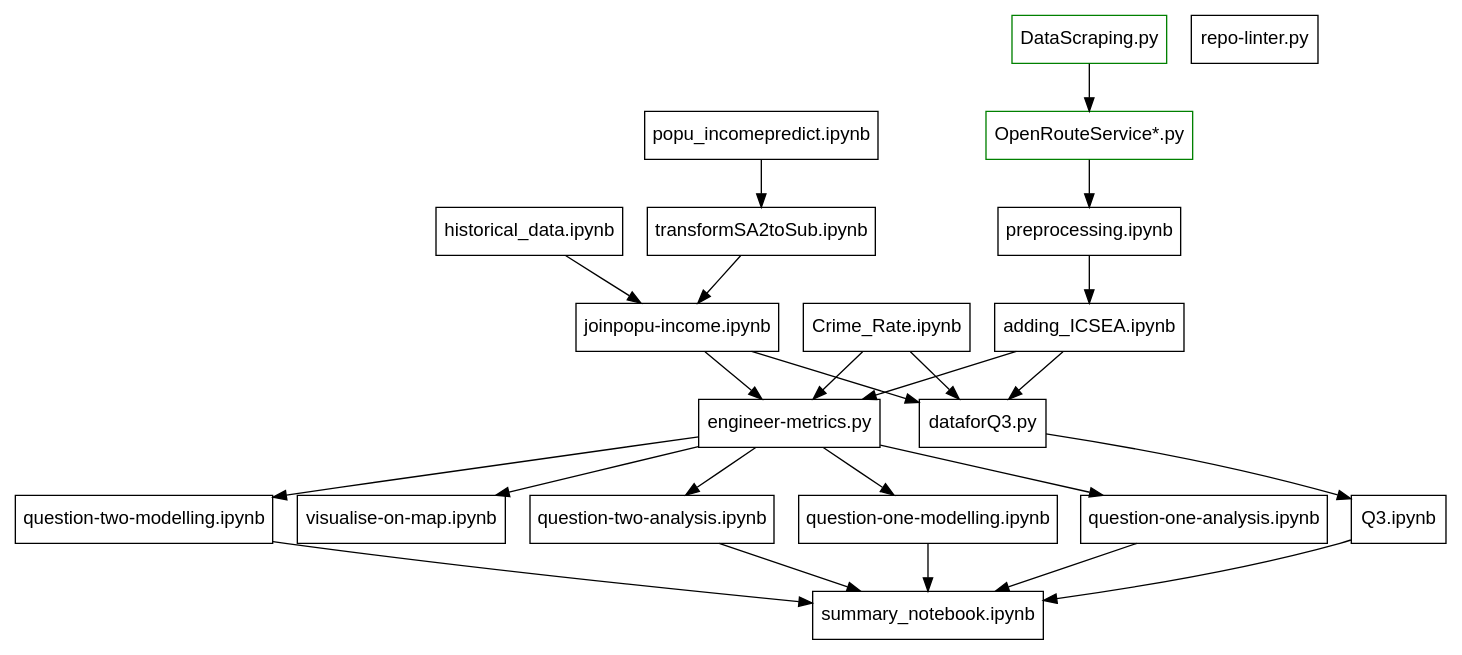
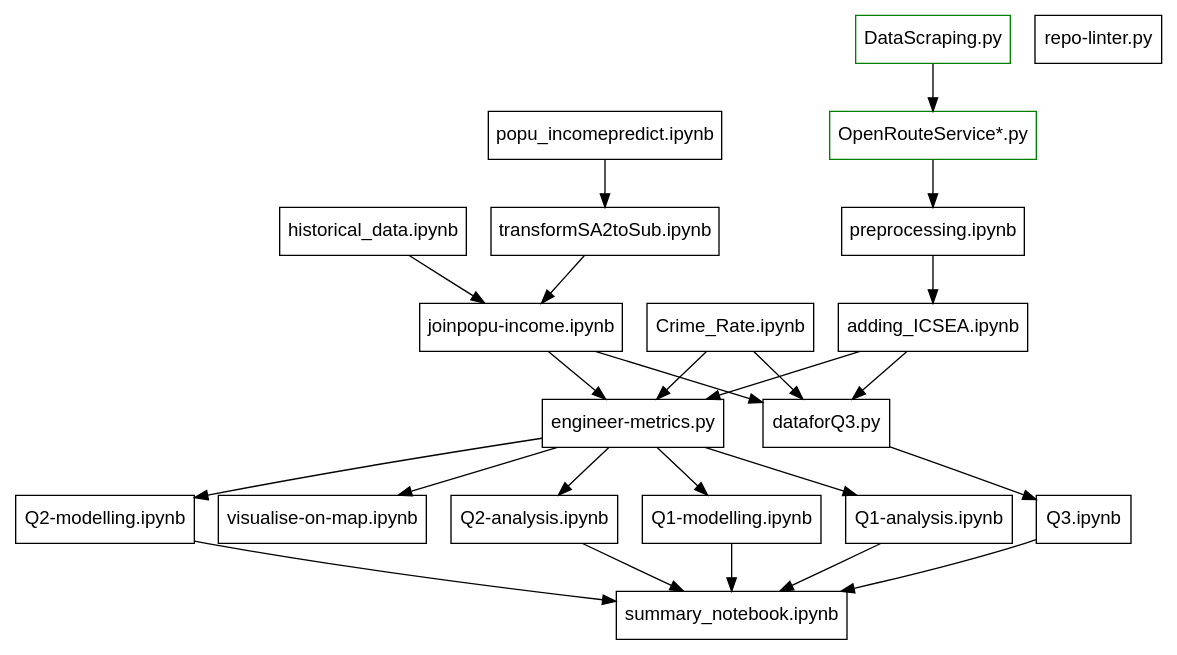
The diagram in dependency-graph.dot (MAST30034-Applied-Data-Science/generic-real-estate-consulting-project-group-21), drawn with Graphviz before and after one commit. The commit also changed 6 other files, not shown here.

```diff
--- a/dependency-graph.dot
+++ b/dependency-graph.dot
@@ -1,46 +1,46 @@
 digraph G {
   fontname="Helvetica,Arial,sans-serif"
   node [fontname="Helvetica,Arial,sans-serif"]
   edge [fontname="Helvetica,Arial,sans-serif"]
   node [shape=box];
   "DataScraping.py" [color="green"]
   "OpenRouteService*.py" [color="green"]
   "DataScraping.py" -> "OpenRouteService*.py" 
   "OpenRouteService*.py" -> "preprocessing.ipynb"
   "popu_incomepredict.ipynb"
   "popu_incomepredict.ipynb" -> "transformSA2toSub.ipynb"
   "transformSA2toSub.ipynb"
   "transformSA2toSub.ipynb" -> "joinpopu-income.ipynb"
   "historical_data.ipynb"
   "historical_data.ipynb" -> "joinpopu-income.ipynb"
   "joinpopu-income.ipynb"
   "joinpopu-income.ipynb" -> "dataforQ3.py"
   "joinpopu-income.ipynb" -> "engineer-metrics.py"
   "Crime_Rate.ipynb"
   "Crime_Rate.ipynb" -> "dataforQ3.py"
   "Crime_Rate.ipynb" -> "engineer-metrics.py"
   "preprocessing.ipynb"
   "preprocessing.ipynb" -> "adding_ICSEA.ipynb"
   "adding_ICSEA.ipynb"
   "adding_ICSEA.ipynb" -> "dataforQ3.py"
   "adding_ICSEA.ipynb" -> "engineer-metrics.py"
   "engineer-metrics.py"
-  "engineer-metrics.py" -> "question-one-modelling.ipynb"
-  "engineer-metrics.py" -> "question-one-analysis.ipynb"
-  "engineer-metrics.py" -> "question-two-modelling.ipynb"
-  "engineer-metrics.py" -> "question-two-analysis.ipynb"
+  "engineer-metrics.py" -> "Q1-modelling.ipynb"
+  "engineer-metrics.py" -> "Q1-analysis.ipynb"
+  "engineer-metrics.py" -> "Q2-modelling.ipynb"
+  "engineer-metrics.py" -> "Q2-analysis.ipynb"
   "engineer-metrics.py" -> "visualise-on-map.ipynb"
   "dataforQ3.py"
   "dataforQ3.py" -> "Q3.ipynb"
-  "question-one-modelling.ipynb"
-  "question-one-modelling.ipynb" -> "summary_notebook.ipynb"
-  "question-one-analysis.ipynb"
-  "question-one-analysis.ipynb" -> "summary_notebook.ipynb"
-  "question-two-modelling.ipynb"
-  "question-two-modelling.ipynb" -> "summary_notebook.ipynb"
-  "question-two-analysis.ipynb"
-  "question-two-analysis.ipynb" -> "summary_notebook.ipynb"
+  "Q1-modelling.ipynb"
+  "Q1-modelling.ipynb" -> "summary_notebook.ipynb"
+  "Q1-analysis.ipynb"
+  "Q1-analysis.ipynb" -> "summary_notebook.ipynb"
+  "Q2-modelling.ipynb"
+  "Q2-modelling.ipynb" -> "summary_notebook.ipynb"
+  "Q2-analysis.ipynb"
+  "Q2-analysis.ipynb" -> "summary_notebook.ipynb"
   "Q3.ipynb"
   "Q3.ipynb" -> "summary_notebook.ipynb"
   "repo-linter.py"
 }
```
